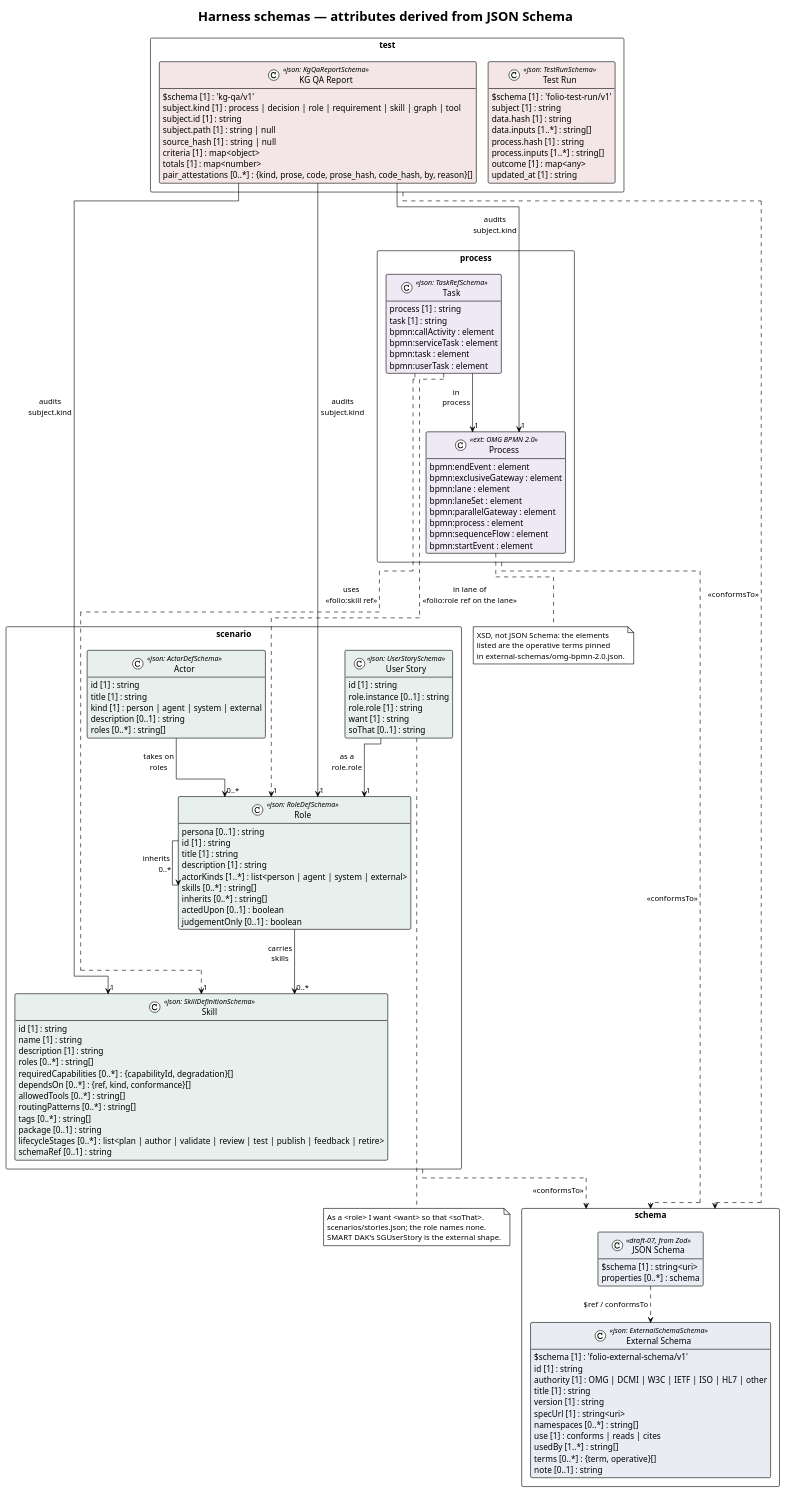
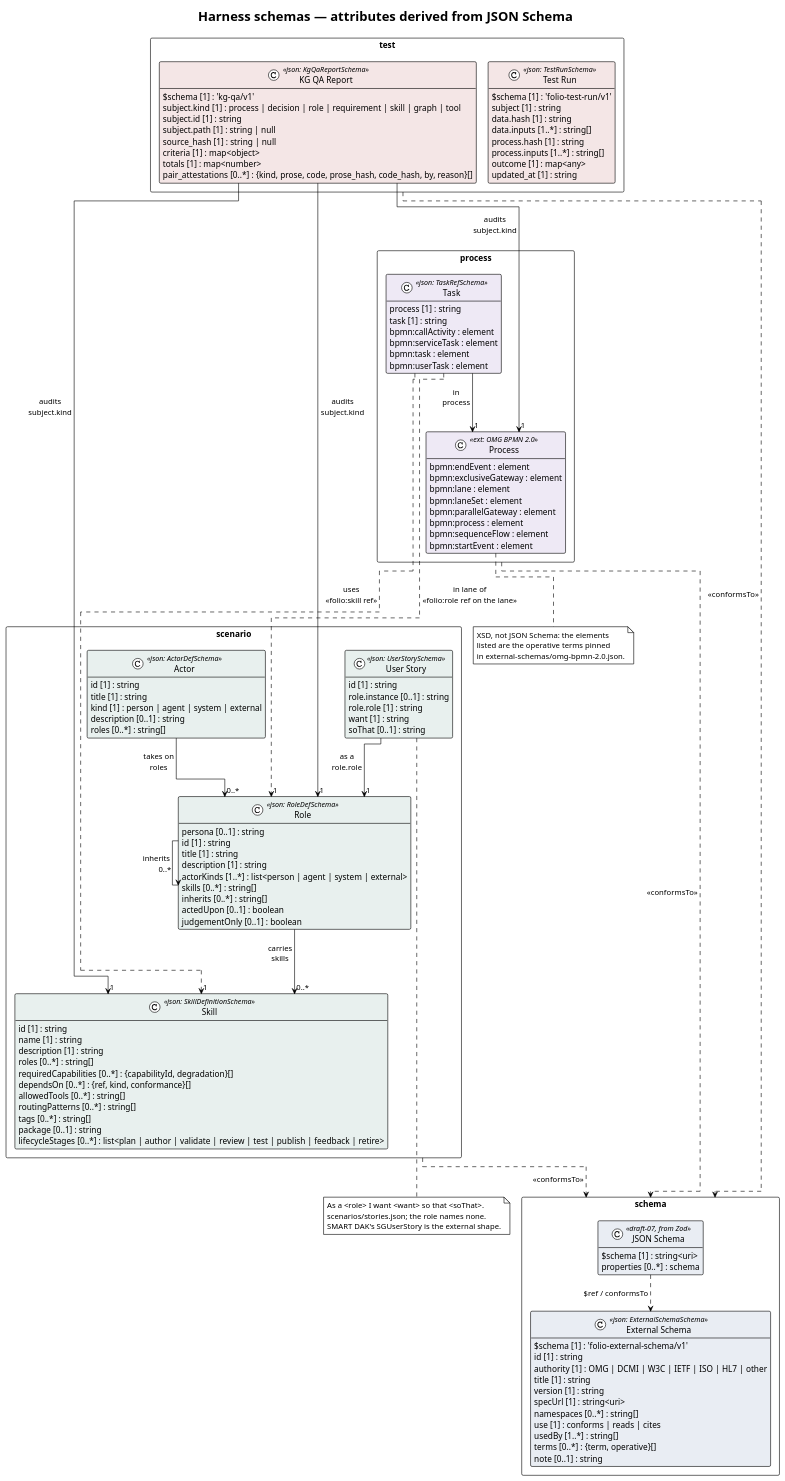
One commit to litlfred/folio-assistant changed the diagram in cat-harness/uml/harness-schemas.puml. Above: the diagram before and after it, drawn with PlantUML. The commit also changed 125 other files, not shown here.

```diff
--- a/cat-harness/uml/harness-schemas.puml
+++ b/cat-harness/uml/harness-schemas.puml
@@ -4,147 +4,146 @@
 @startuml harness-schemas
 ' ELK routes edges around class boxes; dot and smetana draw through them.
 !pragma layout elk
 skinparam nodesep 60
 skinparam ranksep 80
 !theme plain
 skinparam classAttributeIconSize 0
 skinparam shadowing false
 skinparam packageStyle rectangle
 skinparam stereotypeCBackgroundColor #FDFDFB
 hide empty methods
 
 title Harness schemas — attributes derived from JSON Schema
 
 package scenario {
   class "Actor" as Actor <<json: ActorDefSchema>> #e8f0ee {
     id [1] : string
     title [1] : string
     kind [1] : person | agent | system | external
     description [0..1] : string
     roles [0..*] : string[]
   }
   class "Role" as Role <<json: RoleDefSchema>> #e8f0ee {
     persona [0..1] : string
     id [1] : string
     title [1] : string
     description [1] : string
     actorKinds [1..*] : list<person | agent | system | external>
     skills [0..*] : string[]
     inherits [0..*] : string[]
     actedUpon [0..1] : boolean
     judgementOnly [0..1] : boolean
   }
   class "Skill" as Skill <<json: SkillDefinitionSchema>> #e8f0ee {
     id [1] : string
     name [1] : string
     description [1] : string
     roles [0..*] : string[]
     requiredCapabilities [0..*] : {capabilityId, degradation}[]
     dependsOn [0..*] : {ref, kind, conformance}[]
     allowedTools [0..*] : string[]
     routingPatterns [0..*] : string[]
     tags [0..*] : string[]
     package [0..1] : string
     lifecycleStages [0..*] : list<plan | author | validate | review | test | publish | feedback | retire>
-    schemaRef [0..1] : string
   }
   class "User Story" as UserStory <<json: UserStorySchema>> #e8f0ee {
     id [1] : string
     role.instance [0..1] : string
     role.role [1] : string
     want [1] : string
     soThat [0..1] : string
   }
 }
 
 package process {
   class "Process" as Process <<ext: OMG BPMN 2.0>> #eee9f5 {
     bpmn:endEvent : element
     bpmn:exclusiveGateway : element
     bpmn:lane : element
     bpmn:laneSet : element
     bpmn:parallelGateway : element
     bpmn:process : element
     bpmn:sequenceFlow : element
     bpmn:startEvent : element
   }
   class "Task" as Task <<json: TaskRefSchema>> #eee9f5 {
     process [1] : string
     task [1] : string
     bpmn:callActivity : element
     bpmn:serviceTask : element
     bpmn:task : element
     bpmn:userTask : element
   }
 }
 
 package schema {
   class "External Schema" as ExternalSchema <<json: ExternalSchemaSchema>> #e9edf3 {
     $schema [1] : 'folio-external-schema/v1'
     id [1] : string
     authority [1] : OMG | DCMI | W3C | IETF | ISO | HL7 | other
     title [1] : string
     version [1] : string
     specUrl [1] : string<uri>
     namespaces [0..*] : string[]
     use [1] : conforms | reads | cites
     usedBy [1..*] : string[]
     terms [0..*] : {term, operative}[]
     note [0..1] : string
   }
   class "JSON Schema" as JsonSchema <<draft-07, from Zod>> #e9edf3 {
     $schema [1] : string<uri>
     properties [0..*] : schema
   }
   JsonSchema ..> ExternalSchema : $ref / conformsTo
 }
 
 package test {
   class "Test Run" as TestRun <<json: TestRunSchema>> #f4e6e6 {
     $schema [1] : 'folio-test-run/v1'
     subject [1] : string
     data.hash [1] : string
     data.inputs [1..*] : string[]
     process.hash [1] : string
     process.inputs [1..*] : string[]
     outcome [1] : map<any>
     updated_at [1] : string
   }
   class "KG QA Report" as KgQaReport <<json: KgQaReportSchema>> #f4e6e6 {
     $schema [1] : 'kg-qa/v1'
     subject.kind [1] : process | decision | role | requirement | skill | graph | tool
     subject.id [1] : string
     subject.path [1] : string | null
     source_hash [1] : string | null
     criteria [1] : map<object>
     totals [1] : map<number>
     pair_attestations [0..*] : {kind, prose, code, prose_hash, code_hash, by, reason}[]
   }
 }
 
 note bottom of UserStory
   As a <role> I want <want> so that <soThat>.
   scenarios/stories.json; the role names none.
   SMART DAK's SGUserStory is the external shape.
 end note
 note bottom of Process
   XSD, not JSON Schema: the elements
   listed are the operative terms pinned
   in external-schemas/omg-bpmn-2.0.json.
 end note
 
 Actor --> "0..*" Role : takes on\nroles
 Role --> "0..*" Role : inherits
 Role --> "0..*" Skill : carries\nskills
 UserStory --> "1" Role : as a\nrole.role
 Task --> "1" Process : in\nprocess
 Task ..> "1" Role : in lane of\n«folio:role ref on the lane»
 Task ..> "1" Skill : uses\n«folio:skill ref»
 KgQaReport --> "1" Role : audits\nsubject.kind
 KgQaReport --> "1" Process : audits\nsubject.kind
 KgQaReport --> "1" Skill : audits\nsubject.kind
 
 scenario ..> schema : <<conformsTo>>
 process ..> schema : <<conformsTo>>
 test ..> schema : <<conformsTo>>
 @enduml
```
